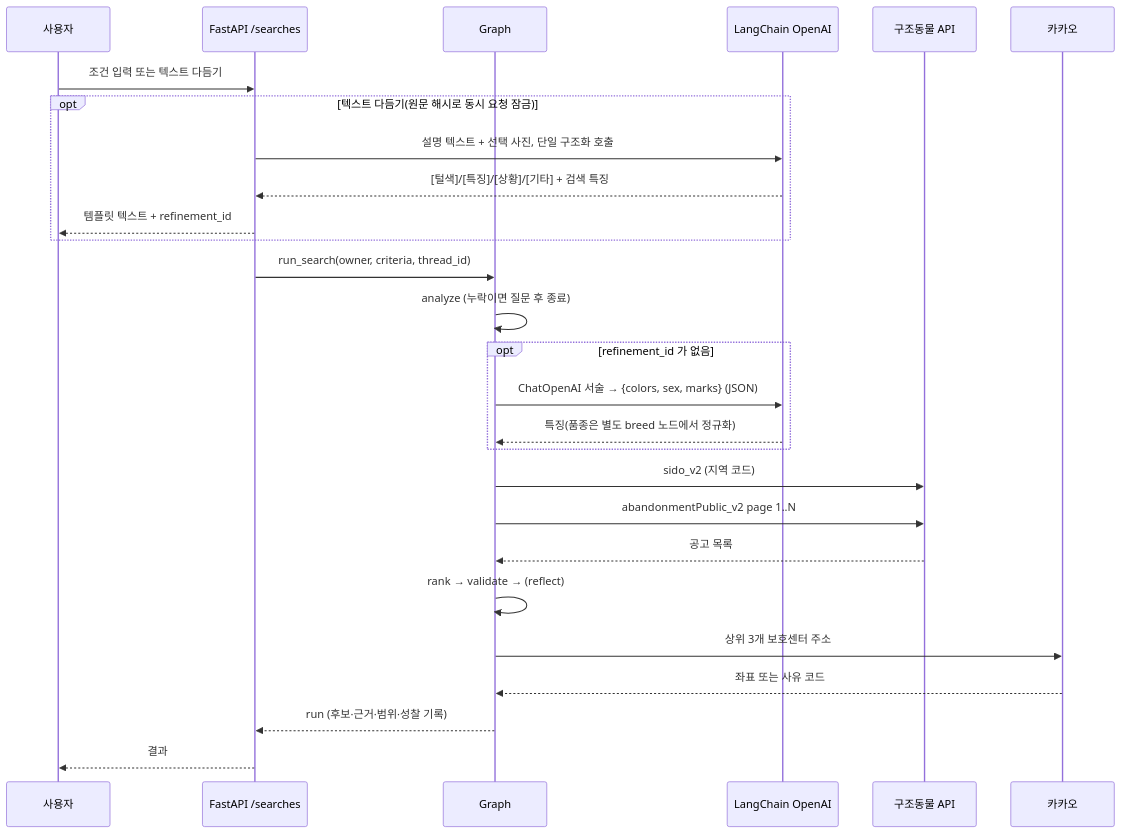
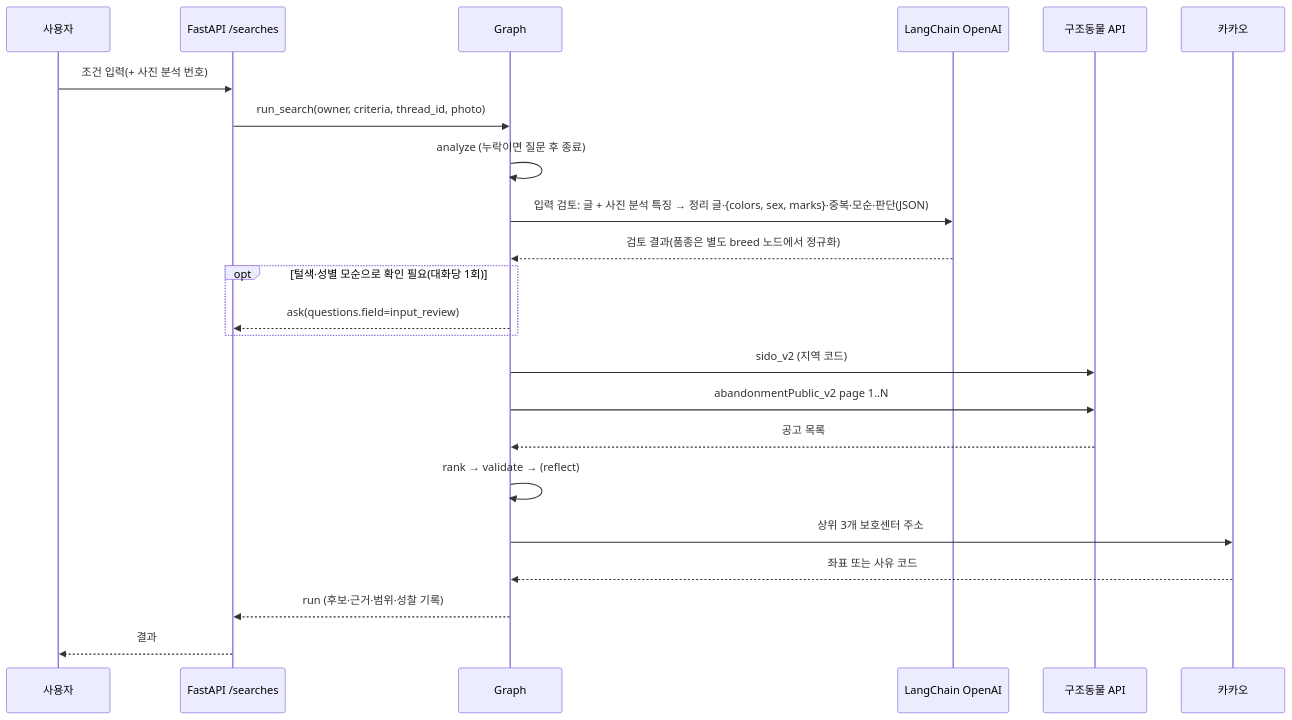
Before and after one commit to aio-03-p2-team1/aio-03-p2-team1: the second of 3 diagrams in docs/architecture.md, drawn with Mermaid. The commit also changed other lines of this file and 17 other files, not shown here.

````diff
--- a/docs/architecture.md
+++ b/docs/architecture.md
@@ -126,29 +127,25 @@
 ```mermaid
 sequenceDiagram
   participant U as 사용자
   participant API as FastAPI /searches
   participant G as Graph
   participant LLM as LangChain OpenAI
   participant AN as 구조동물 API
   participant K as 카카오
-  U->>API: 조건 입력 또는 텍스트 다듬기
-  opt 텍스트 다듬기(원문 해시로 동시 요청 잠금)
-    API->>LLM: 설명 텍스트 + 선택 사진, 단일 구조화 호출
-    LLM-->>API: [털색]/[특징]/[상황]/[기타] + 검색 특징
-    API-->>U: 템플릿 텍스트 + refinement_id
-  end
-  API->>G: run_search(owner, criteria, thread_id)
+  U->>API: 조건 입력(+ 사진 분석 번호)
+  API->>G: run_search(owner, criteria, thread_id, photo)
   G->>G: analyze (누락이면 질문 후 종료)
-  opt refinement_id 가 없음
-    G->>LLM: ChatOpenAI 서술 → {colors, sex, marks} (JSON)
-    LLM-->>G: 특징(품종은 별도 breed 노드에서 정규화)
+  G->>LLM: 입력 검토: 글 + 사진 분석 특징 → 정리 글·{colors, sex, marks}·중복·모순·판단(JSON)
+  LLM-->>G: 검토 결과(품종은 별도 breed 노드에서 정규화)
+  opt 털색·성별 모순으로 확인 필요(대화당 1회)
+    G-->>API: ask(questions.field=input_review)
   end
   G->>AN: sido_v2 (지역 코드)
   G->>AN: abandonmentPublic_v2 page 1..N
   AN-->>G: 공고 목록
   G->>G: rank → validate → (reflect)
   G->>K: 상위 3개 보호센터 주소
   K-->>G: 좌표 또는 사유 코드
   G-->>API: run (후보·근거·범위·성찰 기록)
   API-->>U: 결과
 ```
````
